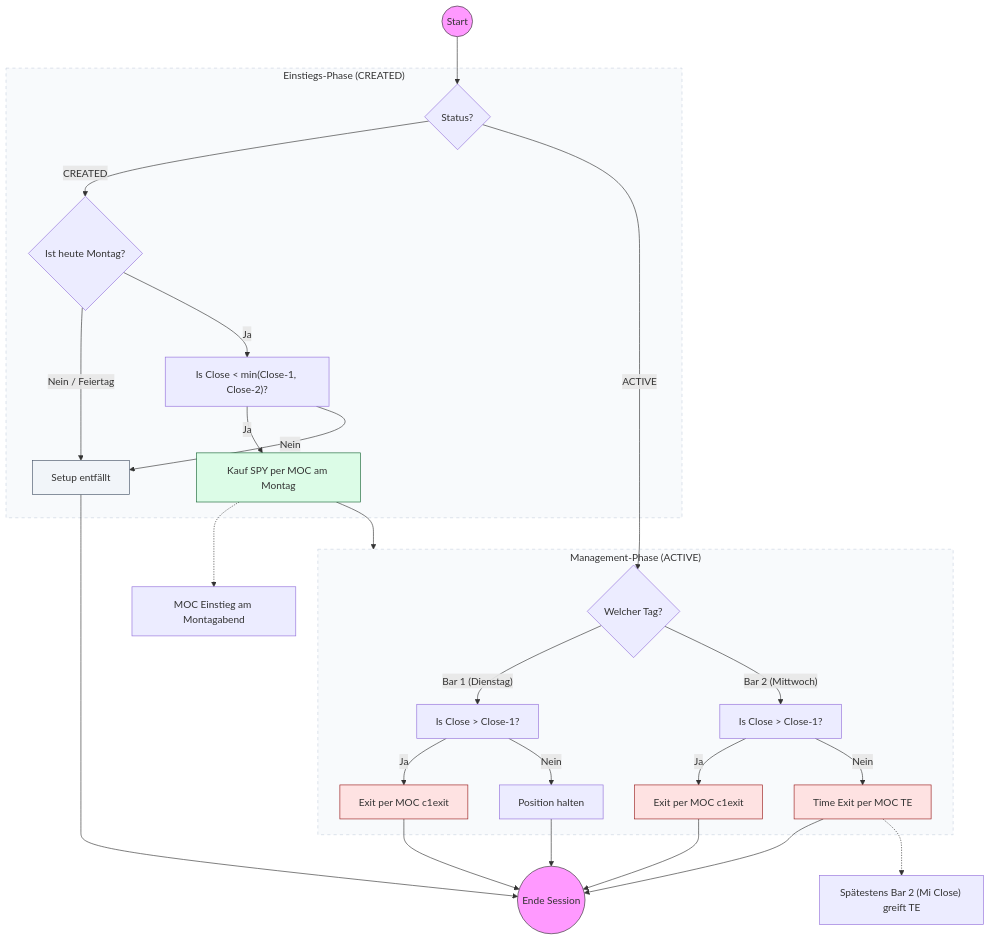
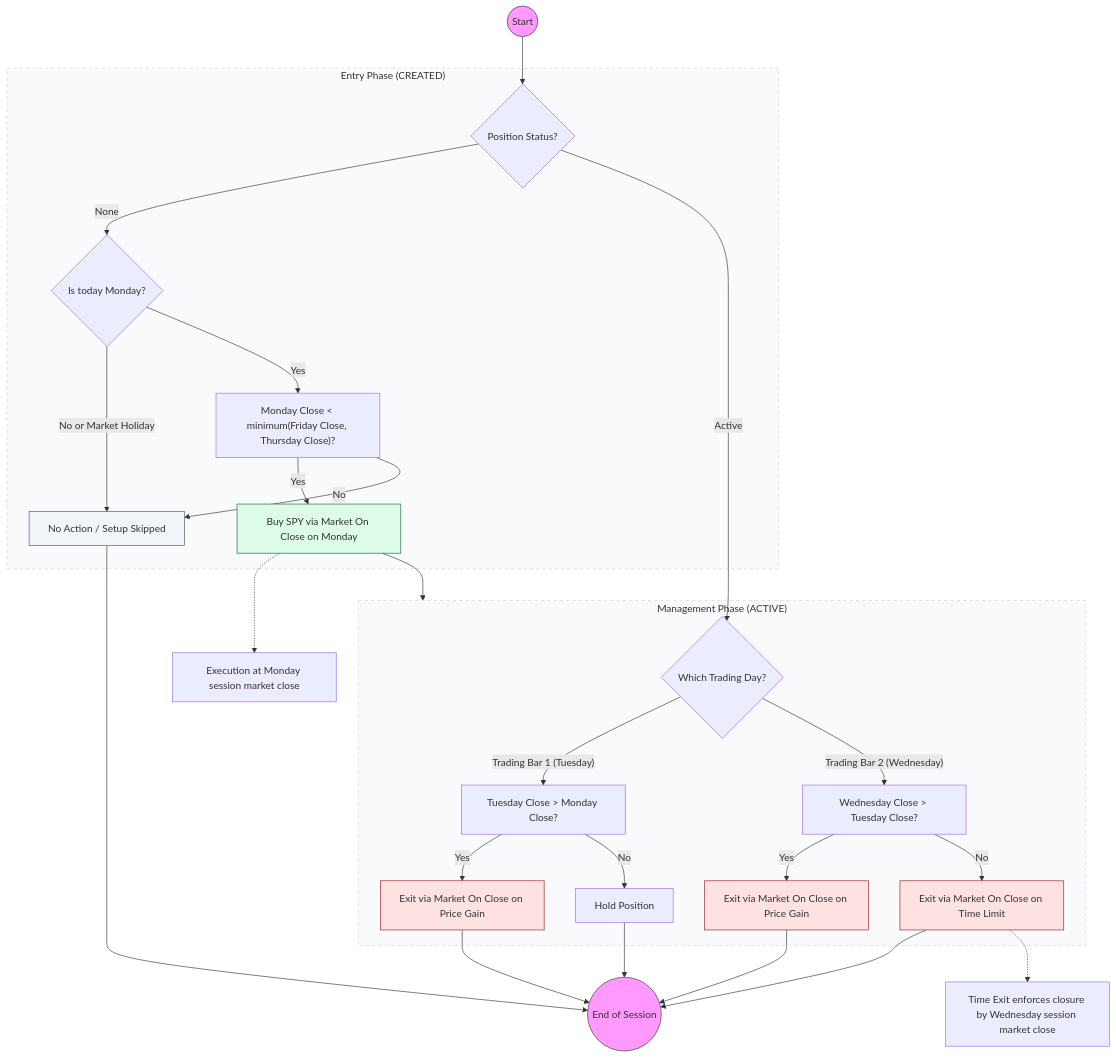
One commit to fxhuhn/croc-trader changed the diagram in .agents/skills/strategy-screener/playbook/tgim.md. Above: the diagram before and after it, drawn with Mermaid. The commit also changed other lines of this file and 3 other files, not shown here.

Commit message:
feat: update TGIM strategy to support pre-market screening and refine entry conditions based on Friday/Thursday close thresholds

````diff
--- a/.agents/skills/strategy-screener/playbook/tgim.md
+++ b/.agents/skills/strategy-screener/playbook/tgim.md
@@ -48,47 +48,47 @@
 ```mermaid
 graph TD
-    Start((Start)) --> Status{Status?}
+    Start((Start)) --> Status{Position Status?}
 
-    subgraph Setup ["Einstiegs-Phase (CREATED)"]
-        Status -- CREATED --> IsMonday{Ist heute Montag?}
-        IsMonday -- "Nein / Feiertag" --> Inval[Setup entfällt]
-        IsMonday -- Ja --> LowCheck["Is Close < min(Close-1, Close-2)?"]
-        LowCheck -- Ja --> Buy[Kauf SPY per MOC am Montag]
-        LowCheck -- Nein --> Inval
+    subgraph Setup ["Entry Phase (CREATED)"]
+        Status -- None --> IsMonday{Is today Monday?}
+        IsMonday -- "No or Market Holiday" --> Inval[No Action / Setup Skipped]
+        IsMonday -- Yes --> LowCheck["Monday Close < minimum(Friday Close, Thursday Close)?"]
+        LowCheck -- Yes --> Buy[Buy SPY via Market On Close on Monday]
+        LowCheck -- No --> Inval
     end
 
-    subgraph Management ["Management-Phase (ACTIVE)"]
-        Status -- ACTIVE --> Day1Check{Welcher Tag?}
+    subgraph Management ["Management Phase (ACTIVE)"]
+        Status -- Active --> Day1Check{Which Trading Day?}
 
-        Day1Check -- "Bar 1 (Dienstag)" --> C1CheckDi["Is Close > Close-1?"]
-        C1CheckDi -- Ja --> ExitC1Di[Exit per MOC c1exit]
-        C1CheckDi -- Nein --> Hold[Position halten]
+        Day1Check -- "Trading Bar 1 (Tuesday)" --> C1CheckDi["Tuesday Close > Monday Close?"]
+        C1CheckDi -- Yes --> ExitC1Di[Exit via Market On Close on Price Gain]
+        C1CheckDi -- No --> Hold[Hold Position]
 
-        Day1Check -- "Bar 2 (Mittwoch)" --> C1CheckMi["Is Close > Close-1?"]
-        C1CheckMi -- Ja --> ExitC1Mi[Exit per MOC c1exit]
-        C1CheckMi -- Nein --> ExitTE[Time Exit per MOC TE]
+        Day1Check -- "Trading Bar 2 (Wednesday)" --> C1CheckMi["Wednesday Close > Tuesday Close?"]
+        C1CheckMi -- Yes --> ExitC1Mi[Exit via Market On Close on Price Gain]
+        C1CheckMi -- No --> ExitTE[Exit via Market On Close on Time Limit]
     end
 
-    %% Logische Verbindungen
+    %% Connections
     Buy --> Management
-    Hold --> Finish((Ende Session))
+    Hold --> Finish((End of Session))
     ExitC1Di --> Finish
     ExitC1Mi --> Finish
     ExitTE --> Finish
     Inval --> Finish
 
     %% Rules Notes
-    Buy -.-> Rule1["MOC Einstieg am Montagabend"]
-    ExitTE -.-> Rule2["Spätestens Bar 2 (Mi Close) greift TE"]
+    Buy -.-> Rule1["Execution at Monday session market close"]
+    ExitTE -.-> Rule2["Time Exit enforces closure by Wednesday session market close"]
 
     %% Styling
     style Start fill:#f9f,stroke:#333
     style Finish fill:#f9f,stroke:#333
     style Buy fill:#dcfce7,stroke:#166534
     style ExitC1Di fill:#fee2e2,stroke:#991b1b
     style ExitC1Mi fill:#fee2e2,stroke:#991b1b
     style ExitTE fill:#fee2e2,stroke:#991b1b
     style Inval fill:#f1f5f9,stroke:#475569
     style Setup fill:#f8fafc,stroke:#cbd5e1,stroke-dasharray: 5 5
     style Management fill:#f8fafc,stroke:#cbd5e1,stroke-dasharray: 5 5
 ```
````
